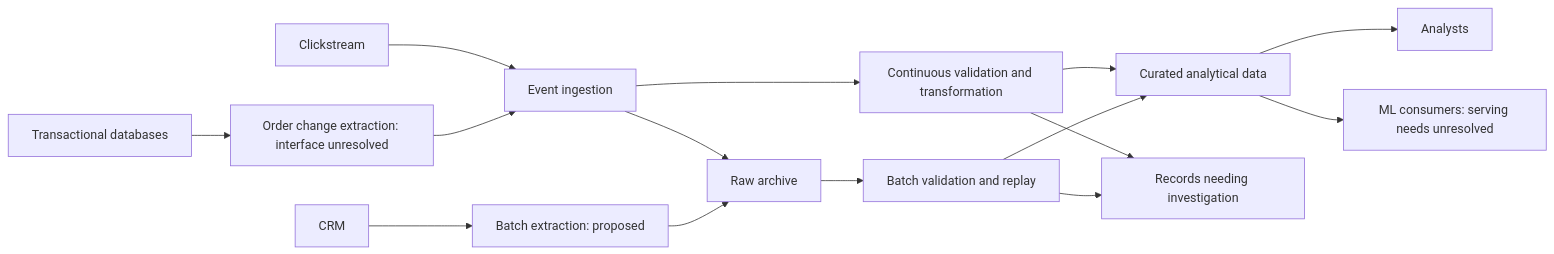
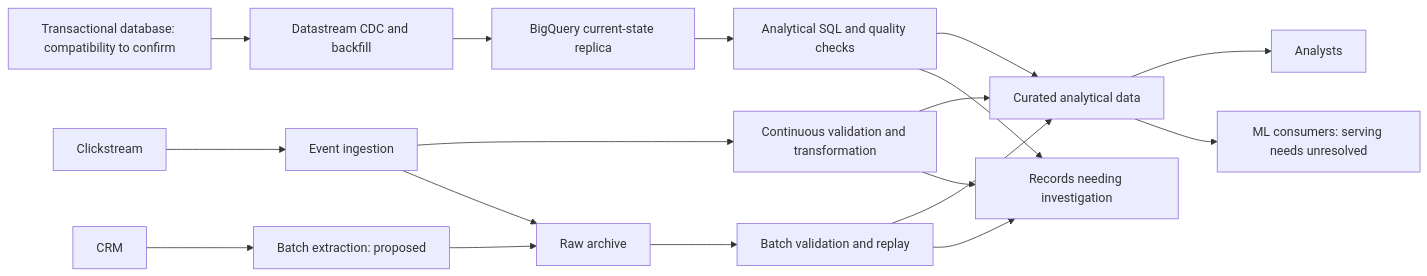
The diagram in docs/architecture.md (JamieLCampbell/SeniorEngineerJobApplication), drawn with Mermaid before and after one commit. The commit also changed other lines of this file and 4 other files, not shown here.

First line of the commit message:
Choose CDC for transactional order ingestion

````diff
--- a/docs/architecture.md
+++ b/docs/architecture.md
@@ -11,17 +11,20 @@
 ```mermaid
 flowchart LR
-    T[Transactional databases] --> O[Order change extraction: interface unresolved]
+    T[Transactional database: compatibility to confirm] --> D[Datastream CDC and backfill]
+    D --> W[BigQuery current-state replica]
+    W --> S[Analytical SQL and quality checks]
+    S --> Q[Curated analytical data]
     C[Clickstream] --> E[Event ingestion]
-    O --> E
     E --> P[Continuous validation and transformation]
     E --> R[Raw archive]
     M[CRM] --> B[Batch extraction: proposed]
     B --> R
     R --> X[Batch validation and replay]
-    P --> Q[Curated analytical data]
+    P --> Q
     X --> Q
     P --> I[Records needing investigation]
     X --> I
+    S --> I
     Q --> A[Analysts]
     Q --> L[ML consumers: serving needs unresolved]
 ```
````
